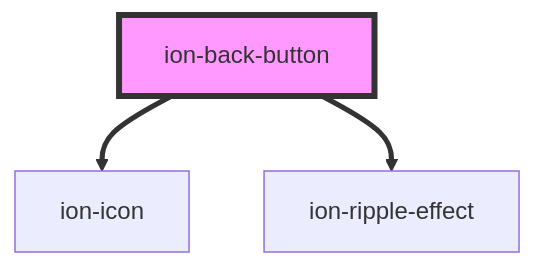
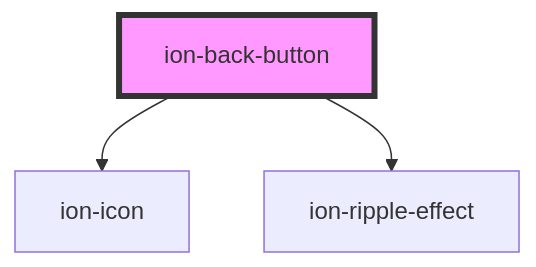
Before and after one commit to ionic-team/ionic-framework: the diagram in core/src/components/back-button/readme.md, drawn with Mermaid. The commit also changed 39 other files, not shown here.

````diff
--- a/core/src/components/back-button/readme.md
+++ b/core/src/components/back-button/readme.md
@@ -286,6 +286,6 @@
 ```mermaid
 graph TD;
-  ion-back-button ==> ion-icon
-  ion-back-button ==> ion-ripple-effect
+  ion-back-button --> ion-icon
+  ion-back-button --> ion-ripple-effect
   style ion-back-button fill:#f9f,stroke:#333,stroke-width:4px
 ```
````
